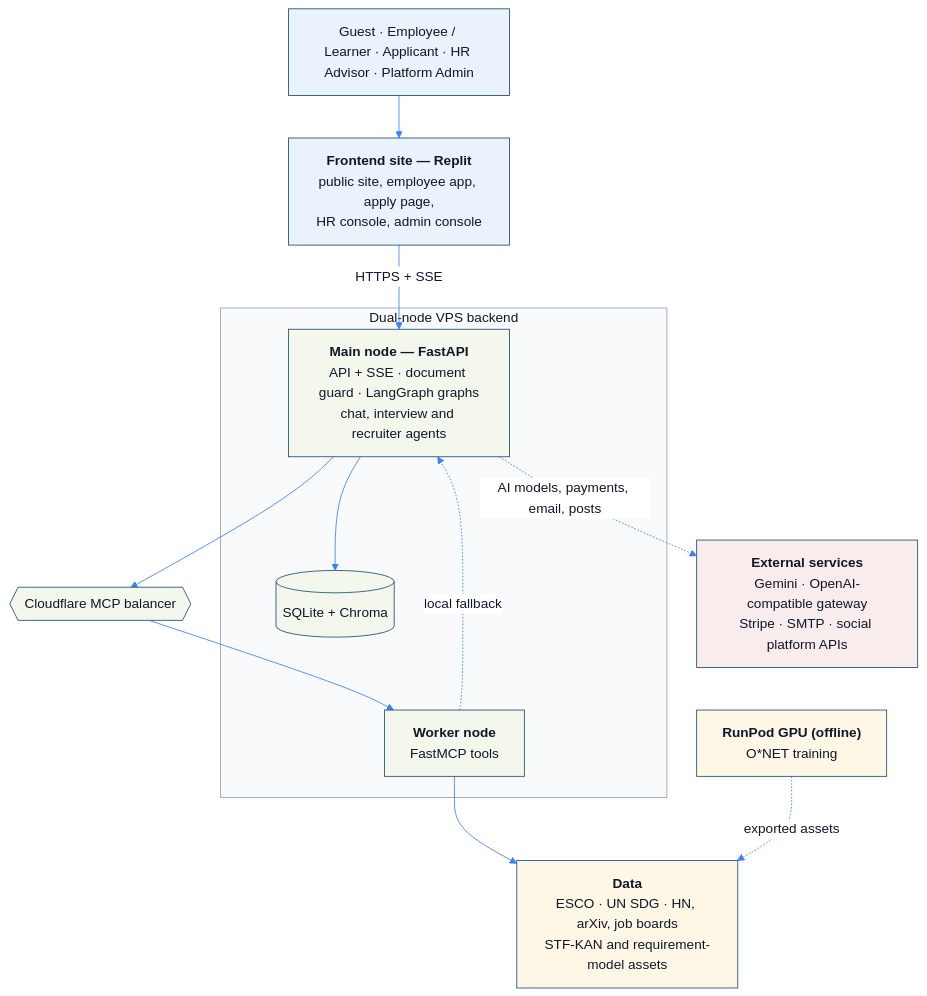
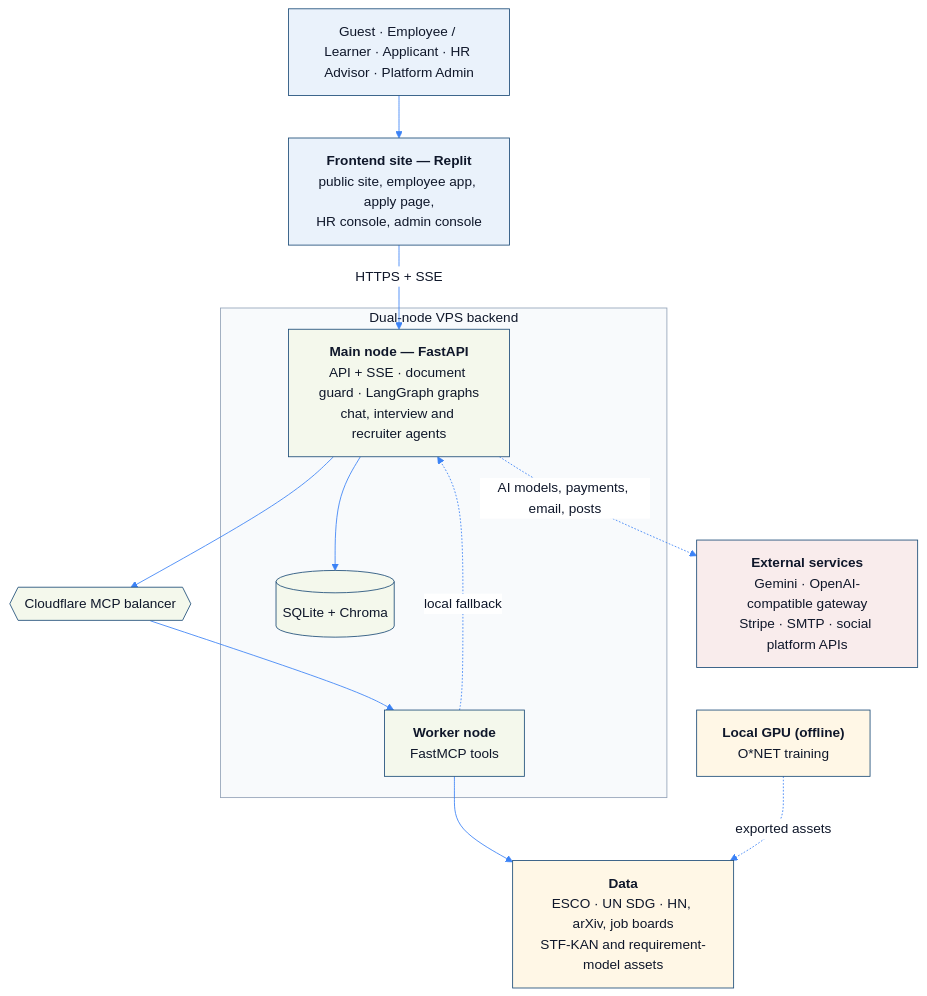
One commit to yushan1101/SDC_Hackathon_Submission_NoBugPls changed the diagram in submission/PROPOSAL.md. Above: the diagram before and after it, drawn with Mermaid. The commit also changed other lines of this file and 5 other files, not shown here.

First line of the commit message:
Submission: completed proposal and tools declaration PDFs; RunPod endpoint: none

````diff
--- a/submission/PROPOSAL.md
+++ b/submission/PROPOSAL.md
@@ -87,32 +87,32 @@
 ```mermaid
 %%{init: {"theme": "base", "themeVariables": {"fontSize": "16px", "primaryColor": "#EAF2FB", "primaryTextColor": "#0F172A", "primaryBorderColor": "#1F4E79", "lineColor": "#3B82F6", "clusterBkg": "#F8FAFC", "clusterBorder": "#94A3B8", "titleColor": "#0F172A", "edgeLabelBackground": "#FFFFFF"}}}%%
 flowchart TB
   Users["Guest · Employee / Learner · Applicant · HR Advisor · Platform Admin"]
   FE["<b>Frontend site — Replit</b><br/>public site, employee app, apply page,<br/>HR console, admin console"]
   subgraph VPS["Dual-node VPS backend"]
     Main["<b>Main node — FastAPI</b><br/>API + SSE · document guard · LangGraph graphs<br/>chat, interview and recruiter agents"]
     Worker["<b>Worker node</b><br/>FastMCP tools"]
     DB[("SQLite + Chroma")]
   end
   CF{{"Cloudflare MCP balancer"}}
   Data["<b>Data</b><br/>ESCO · UN SDG · HN, arXiv, job boards<br/>STF-KAN and requirement-model assets"]
   Ext["<b>External services</b><br/>Gemini · OpenAI-compatible gateway<br/>Stripe · SMTP · social platform APIs"]
-  GPU["<b>RunPod GPU (offline)</b><br/>O*NET training"]
+  GPU["<b>Local GPU (offline)</b><br/>O*NET training"]
 
   Users --> FE -- "HTTPS + SSE" --> Main
   Main --> DB
   Main --> CF --> Worker
   Worker -. "local fallback" .-> Main
   Worker --> Data
   Main -. "AI models, payments, email, posts" .-> Ext
   GPU -. "exported assets" .-> Data
 
   classDef fe fill:#EAF2FB,stroke:#1F4E79,color:#0F172A
   classDef be fill:#F4F8EC,stroke:#1F4E79,color:#0F172A
   classDef data fill:#FFF7E6,stroke:#1F4E79,color:#0F172A
   classDef ext fill:#F9ECEC,stroke:#1F4E79,color:#0F172A
   class Users,FE fe
   class Main,Worker,DB,CF be
   class Data,GPU data
   class Ext ext
 ```
````
